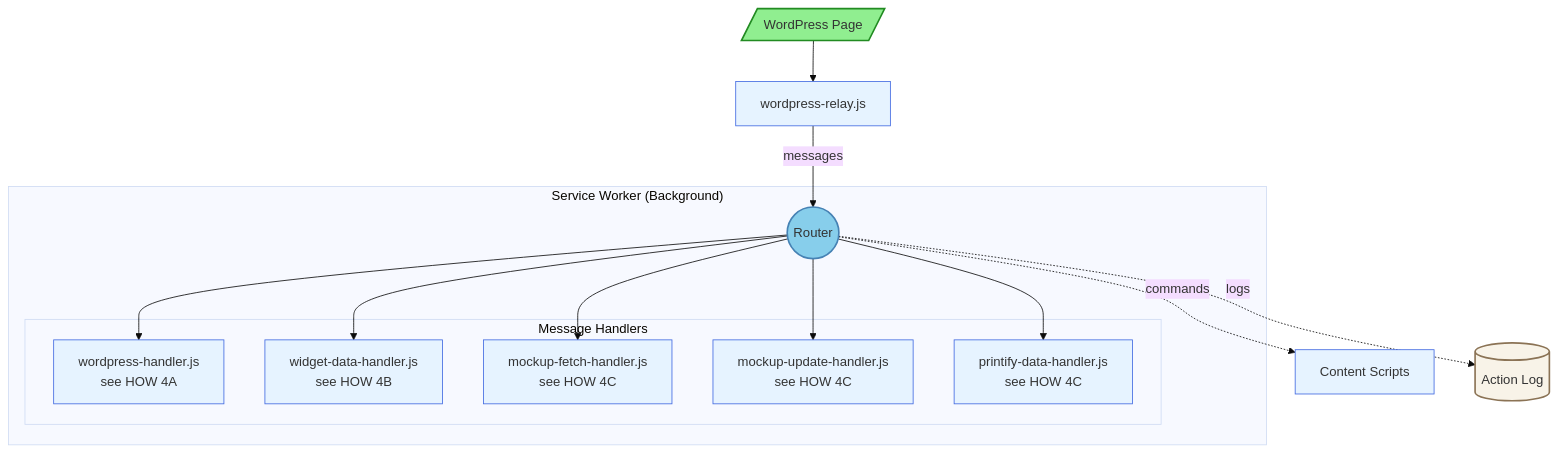
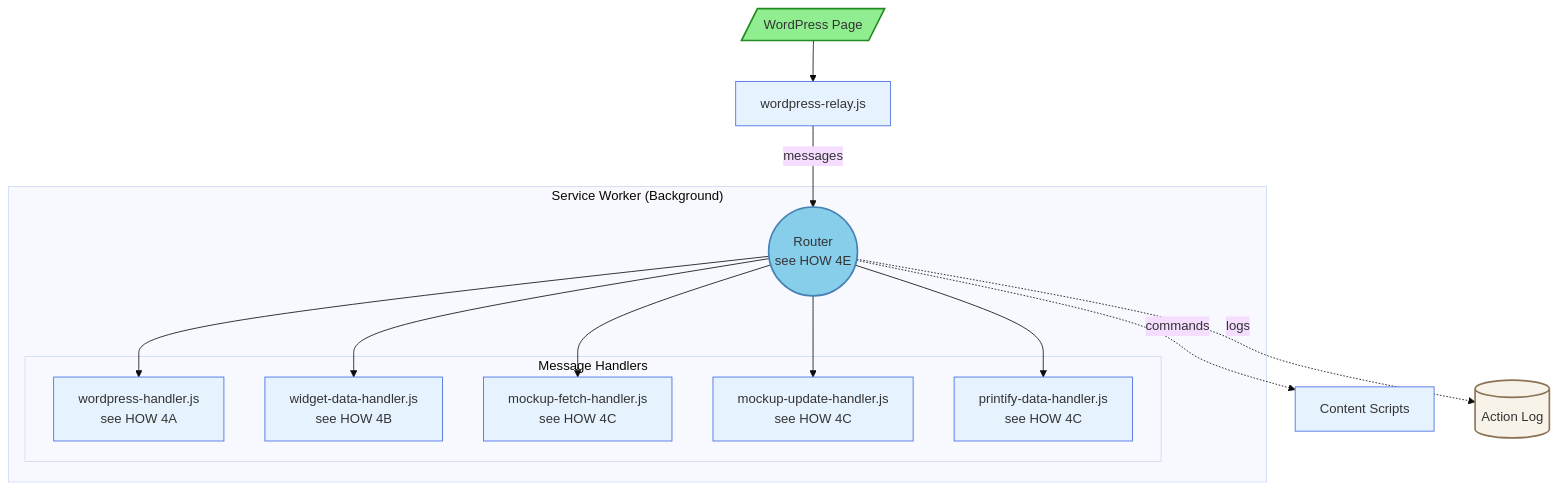
The third of 6 diagrams in guidelines/sip-printify-manager-extension-guidelines-v2.md (tdemelle-SiP/.claude), drawn with Mermaid (base theme) before and after one commit. The commit also changed other lines of this file, not shown here.

````diff
--- a/guidelines/sip-printify-manager-extension-guidelines-v2.md
+++ b/guidelines/sip-printify-manager-extension-guidelines-v2.md
@@ -297,38 +297,38 @@
 ```mermaid
 graph TD
   subgraph "Service Worker (Background)"
-    Router((Router))
+    Router((Router<br/>see HOW 4E))
     
     subgraph "Message Handlers"
       WH[wordpress-handler.js<br/>see HOW 4A]
       WDH[widget-data-handler.js<br/>see HOW 4B]
       MFH[mockup-fetch-handler.js<br/>see HOW 4C]
       MUH[mockup-update-handler.js<br/>see HOW 4C]
       PDH[printify-data-handler.js<br/>see HOW 4C]
     end
     
     Router --> WH
     Router --> WDH
     Router --> MFH
     Router --> MUH
     Router --> PDH
   end
   
   WPPage[/"WordPress Page"/] --> WPRelay[wordpress-relay.js]
   WPRelay -->|messages| Router
   
   Router -. commands .-> CS[Content Scripts]
   Router -. logs .-> Logger[(Action Log)]
   
   %% Style definitions
   classDef userFacingStyle fill:#90EE90,stroke:#228B22,stroke-width:2px
   classDef routerStyle fill:#87CEEB,stroke:#4682B4,stroke-width:2px
   classDef scriptStyle fill:#E6F3FF,stroke:#4169E1,stroke-width:1px
   classDef storageStyle fill:#F8F3E8,stroke:#8B7355,stroke-width:2px
   
   %% Apply styles
   class WPPage userFacingStyle
   class Router routerStyle
   class WH,WDH,MFH,MUH,PDH,WPRelay,CS scriptStyle
   class Logger storageStyle
 ```
````
